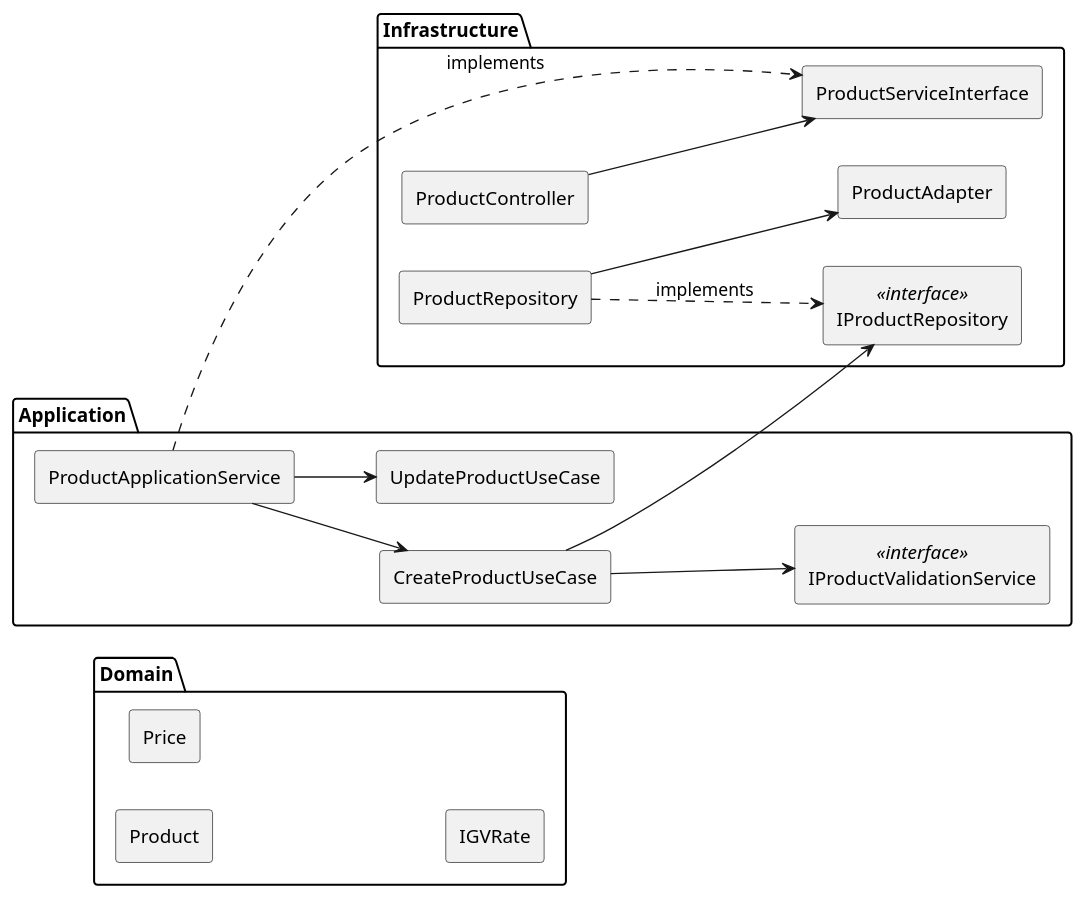
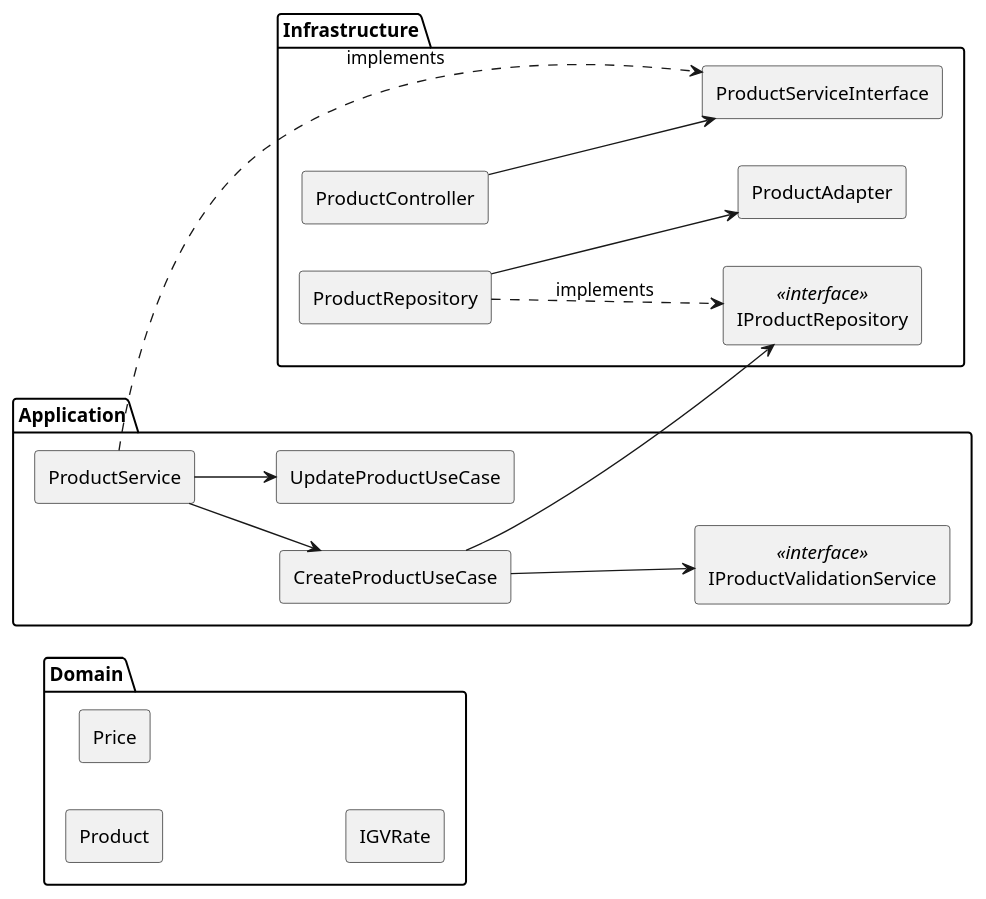
One commit to Ncerna/sale-hub changed the second of 2 diagrams in README.md. Above: the diagram before and after it, drawn with PlantUML. The commit also changed other lines of this file and 17 other files, not shown here.

```diff
--- a/README.md
+++ b/README.md
@@ -89,26 +89,26 @@
 @startuml
 skinparam componentStyle rectangle
 left to right direction
 
 package "Infrastructure" {
   [ProductController] --> [ProductServiceInterface]
   [ProductRepository] --> [ProductAdapter]
   [ProductRepository] ..> [IProductRepository] : implements
 }
 
 package "Application" {
-  [ProductApplicationService] ..> [ProductServiceInterface] : implements
-  [ProductApplicationService] --> [CreateProductUseCase]
-  [ProductApplicationService] --> [UpdateProductUseCase]
+  [ProductService] ..> [ProductServiceInterface] : implements
+  [ProductService] --> [CreateProductUseCase]
+  [ProductService] --> [UpdateProductUseCase]
   [CreateProductUseCase] --> [IProductRepository]
   [CreateProductUseCase] --> [IProductValidationService]
 }
 
 package "Domain" {
   [IProductRepository] <<interface>>
   [IProductValidationService] <<interface>>
   [Product]
   [Price]
   [IGVRate]
 }
 @enduml
```
